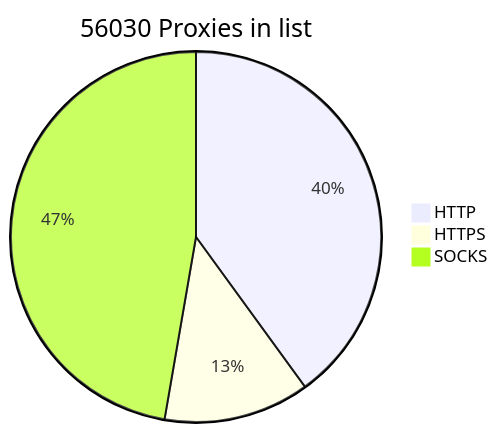
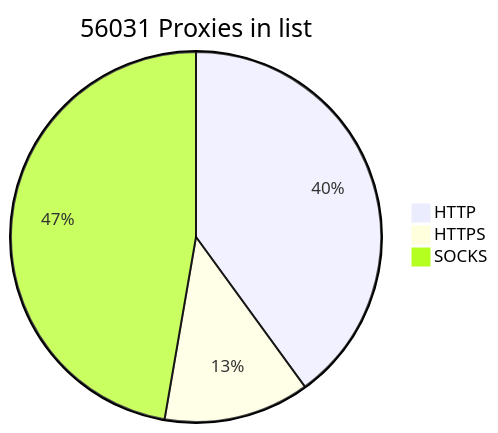
The diagram in README.md (BlackSnowDot/proxylist-update-every-minute), drawn with Mermaid before and after one commit.

````diff
--- a/README.md
+++ b/README.md
@@ -2,6 +2,6 @@
 ```mermaid
-pie title 56030 Proxies in list
+pie title 56031 Proxies in list
     "HTTP" : 25125
     "HTTPS": 7997
-    "SOCKS" : 29703
+    "SOCKS" : 29704
 ```
````
